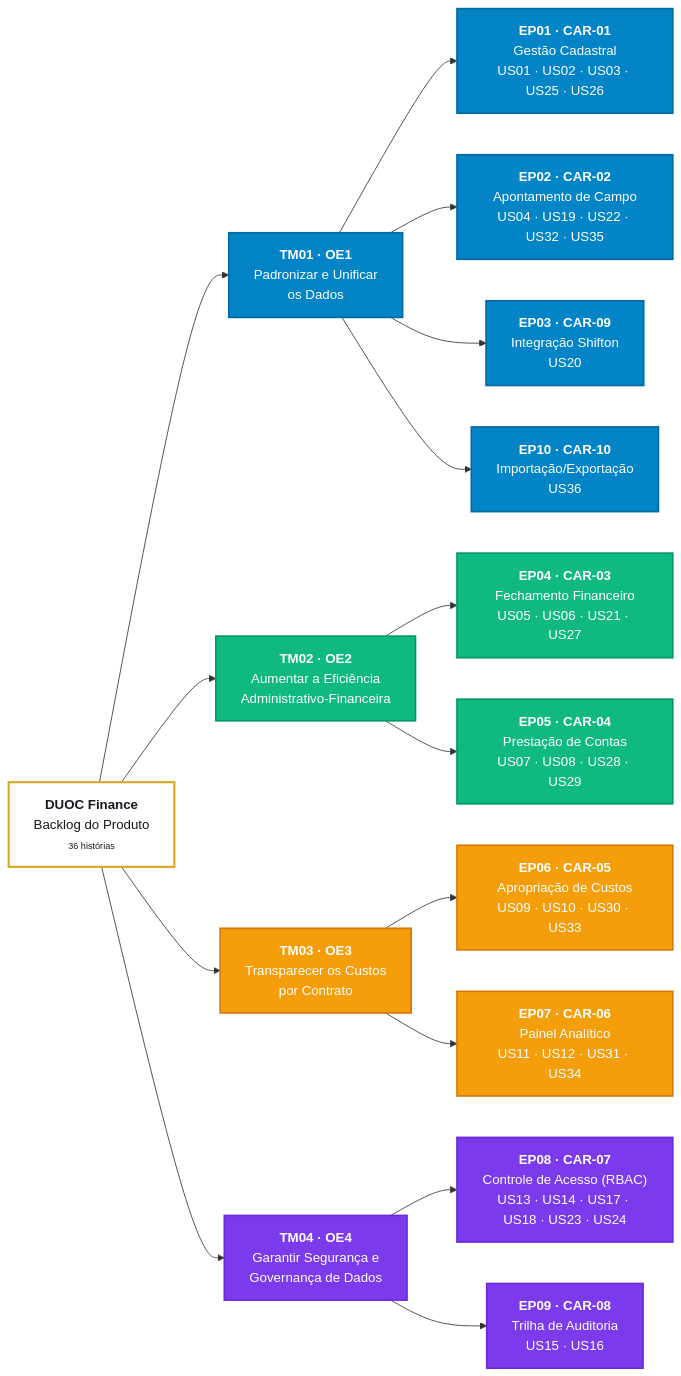
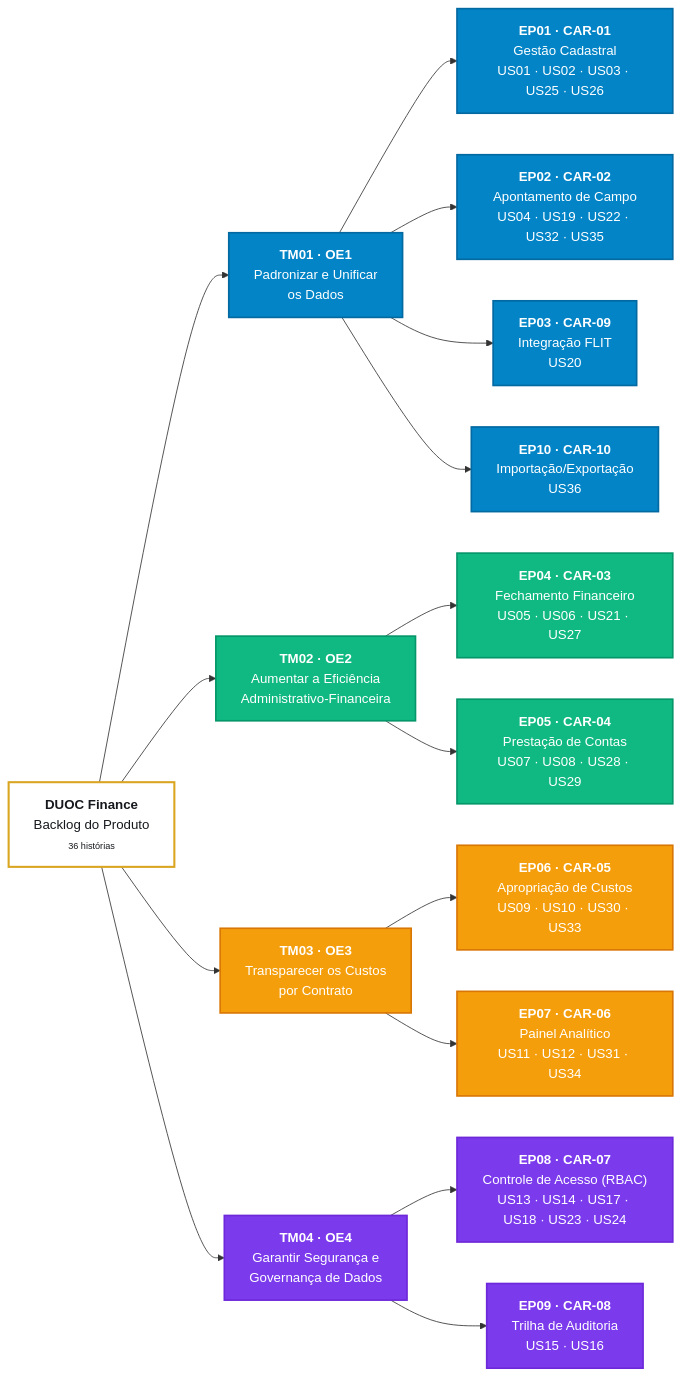
The first of 2 diagrams in docs/backlog/index.md (mdsreq-fga-unb/REQ-2026.2-T01-DUOC-Finance), drawn with Mermaid before and after one commit. The commit also changed other lines of this file, not shown here.

Commit message:
docs(backlog): atualiza referências para FLIT e diagrama do EP03

````diff
--- a/docs/backlog/index.md
+++ b/docs/backlog/index.md
@@ -17,38 +17,38 @@
 ```mermaid
 flowchart LR
     PROD["<b style='color:#16181d;'>DUOC Finance</b><br><span style='color:#334155;'>Backlog do Produto</span><br><span style='color:#64748b; font-size:11px;'>36 histórias</span>"]
 
     TM01["<b>TM01 · OE1</b><br>Padronizar e Unificar<br>os Dados"]
     TM02["<b>TM02 · OE2</b><br>Aumentar a Eficiência<br>Administrativo-Financeira"]
     TM03["<b>TM03 · OE3</b><br>Transparecer os Custos<br>por Contrato"]
     TM04["<b>TM04 · OE4</b><br>Garantir Segurança e<br>Governança de Dados"]
 
     EP01["<b>EP01 · CAR-01</b><br>Gestão Cadastral<br>US01 · US02 · US03 · US25 · US26"]
     EP02["<b>EP02 · CAR-02</b><br>Apontamento de Campo<br>US04 · US19 · US22 · US32 · US35"]
-    EP03["<b>EP03 · CAR-09</b><br>Integração Shifton<br>US20"]
+    EP03["<b>EP03 · CAR-09</b><br>Integração FLIT<br>US20"]
     EP04["<b>EP04 · CAR-03</b><br>Fechamento Financeiro<br>US05 · US06 · US21 · US27"]
     EP05["<b>EP05 · CAR-04</b><br>Prestação de Contas<br>US07 · US08 · US28 · US29"]
     EP06["<b>EP06 · CAR-05</b><br>Apropriação de Custos<br>US09 · US10 · US30 · US33"]
     EP07["<b>EP07 · CAR-06</b><br>Painel Analítico<br>US11 · US12 · US31 · US34"]
     EP08["<b>EP08 · CAR-07</b><br>Controle de Acesso (RBAC)<br>US13 · US14 · US17 · US18 · US23 · US24"]
     EP09["<b>EP09 · CAR-08</b><br>Trilha de Auditoria<br>US15 · US16"]
     EP10["<b>EP10 · CAR-10</b><br>Importação/Exportação<br>US36"]
 
     PROD --> TM01 & TM02 & TM03 & TM04
     TM01 --> EP01 & EP02 & EP03 & EP10
     TM02 --> EP04 & EP05
     TM03 --> EP06 & EP07
     TM04 --> EP08 & EP09
 
     classDef prodClass fill:#ffffff,stroke:#DAA520,stroke-width:2.5px,color:#16181d;
     classDef oe1Class fill:#0284c7,stroke:#0369a1,stroke-width:2px,color:#ffffff;
     classDef oe2Class fill:#10b981,stroke:#059669,stroke-width:2px,color:#ffffff;
     classDef oe3Class fill:#f59e0b,stroke:#d97706,stroke-width:2px,color:#ffffff;
     classDef oe4Class fill:#7c3aed,stroke:#6d28d9,stroke-width:2px,color:#ffffff;
 
     class PROD prodClass;
     class TM01,EP01,EP02,EP03,EP10 oe1Class;
     class TM02,EP04,EP05 oe2Class;
     class TM03,EP06,EP07 oe3Class;
     class TM04,EP08,EP09 oe4Class;
 ```
````
